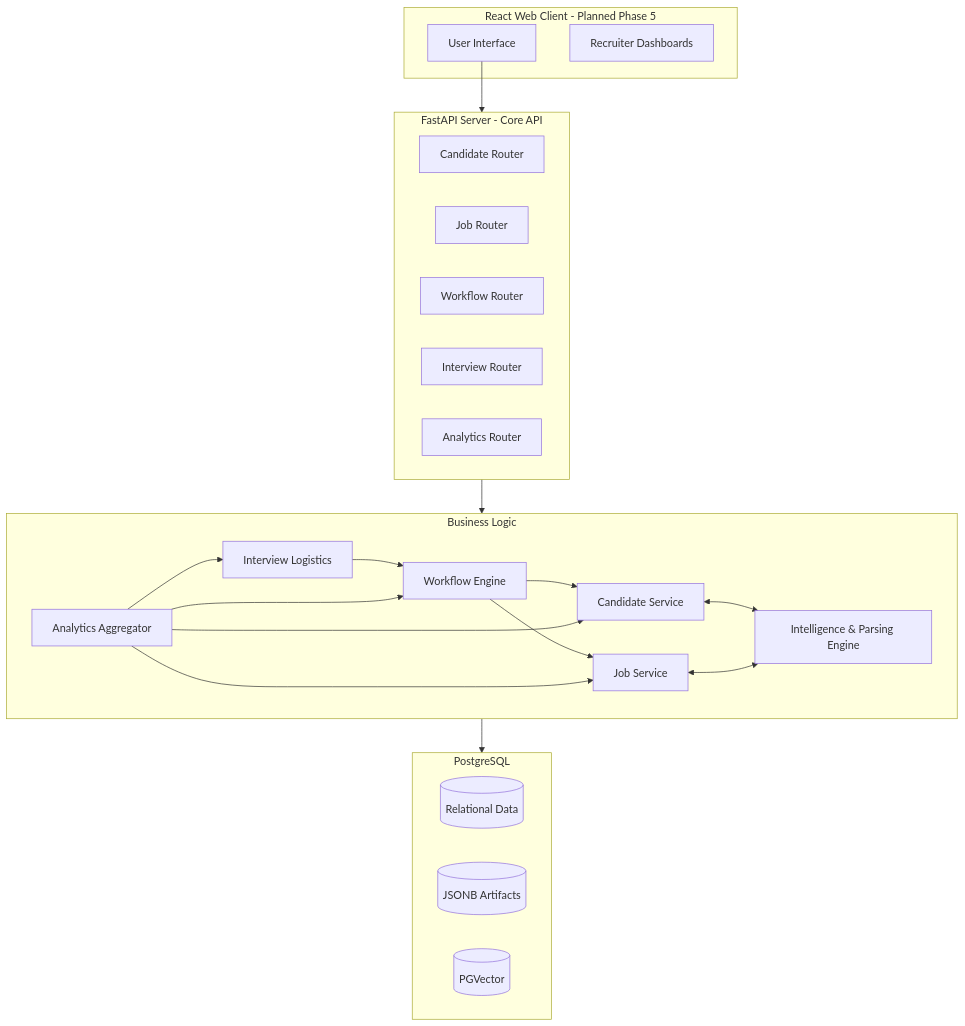
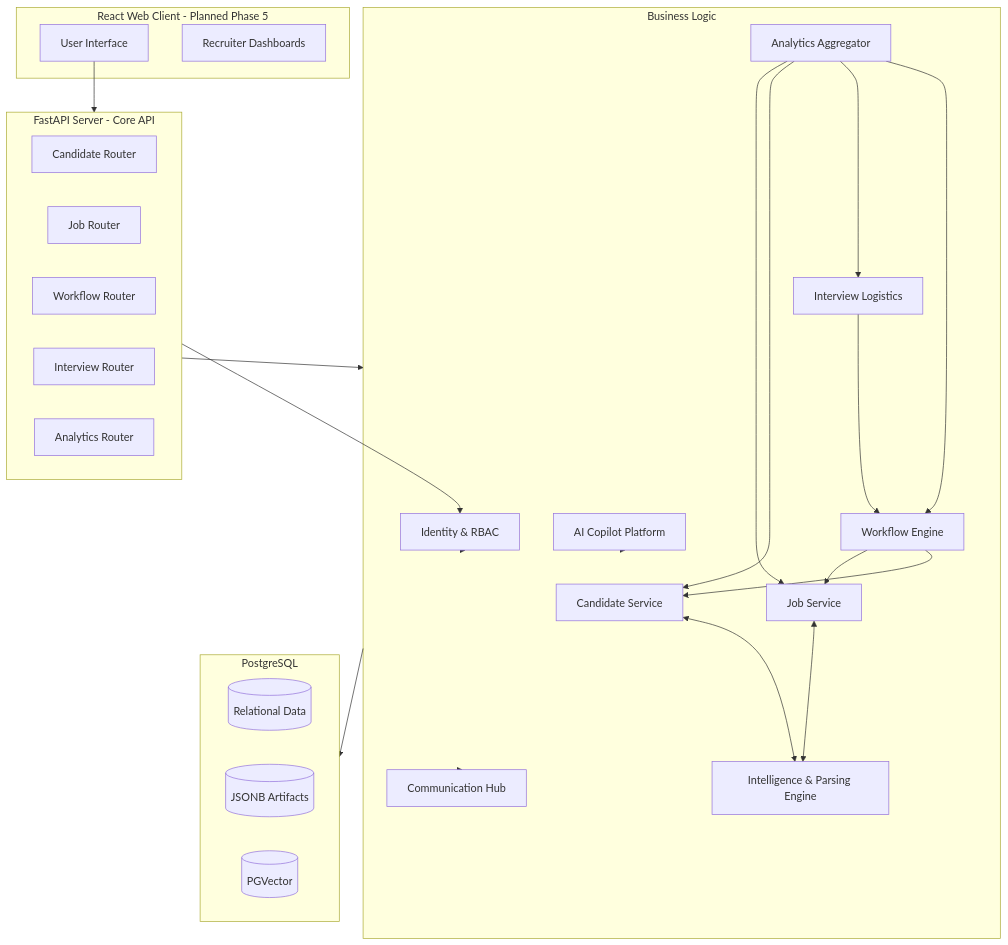
Before and after one commit to vanshbahl/resume-screener: the first of 5 diagrams in docs/04_APP_FLOW.md, drawn with Mermaid. The commit also changed 5 other files, not shown here.

````diff
--- a/docs/04_APP_FLOW.md
+++ b/docs/04_APP_FLOW.md
@@ -9,38 +9,45 @@
 ```mermaid
 graph TD
     subgraph Frontend [React Web Client - Planned Phase 5]
         UI[User Interface]
         Dash[Recruiter Dashboards]
     end
 
     subgraph API [FastAPI Server - Core API]
         R1[Candidate Router]
         R2[Job Router]
         R3[Workflow Router]
         R4[Interview Router]
         R5[Analytics Router]
     end
 
     subgraph Domains [Business Logic]
         C[Candidate Service]
         J[Job Service]
         W[Workflow Engine]
         I[Interview Logistics]
         A[Analytics Aggregator]
         INT[Intelligence & Parsing Engine]
+        ID[Identity & RBAC]
+        COM[Communication Hub]
+        AI[AI Copilot Platform]
     end
 
     subgraph Database [PostgreSQL]
         PG[(Relational Data)]
         JS[(JSONB Artifacts)]
         VEC[(PGVector)]
     end
 
     UI --> API
+    API --> ID
     API --> Domains
     Domains --> Database
     C & J <--> INT
     W --> C & J
     I --> W
     A --> W & I & C & J
+    ID -.-> Domains
+    Domains -.-> COM
+    AI -.-> Domains
 ```
````
